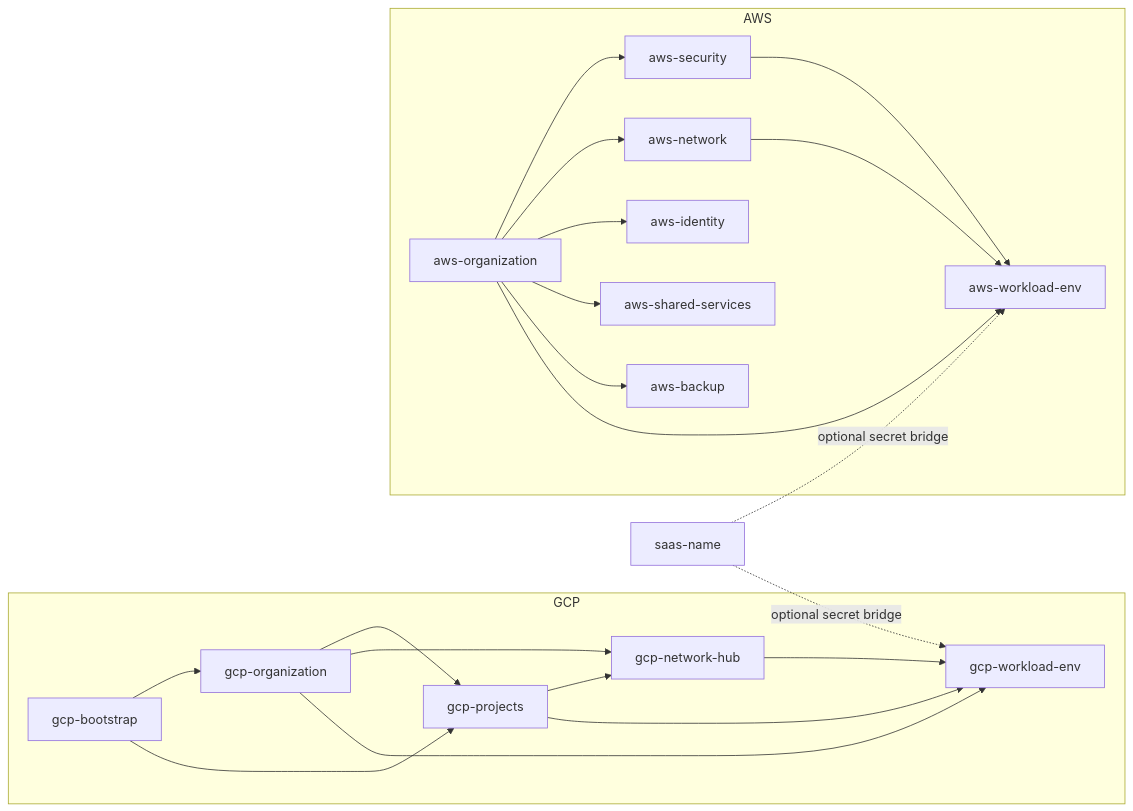
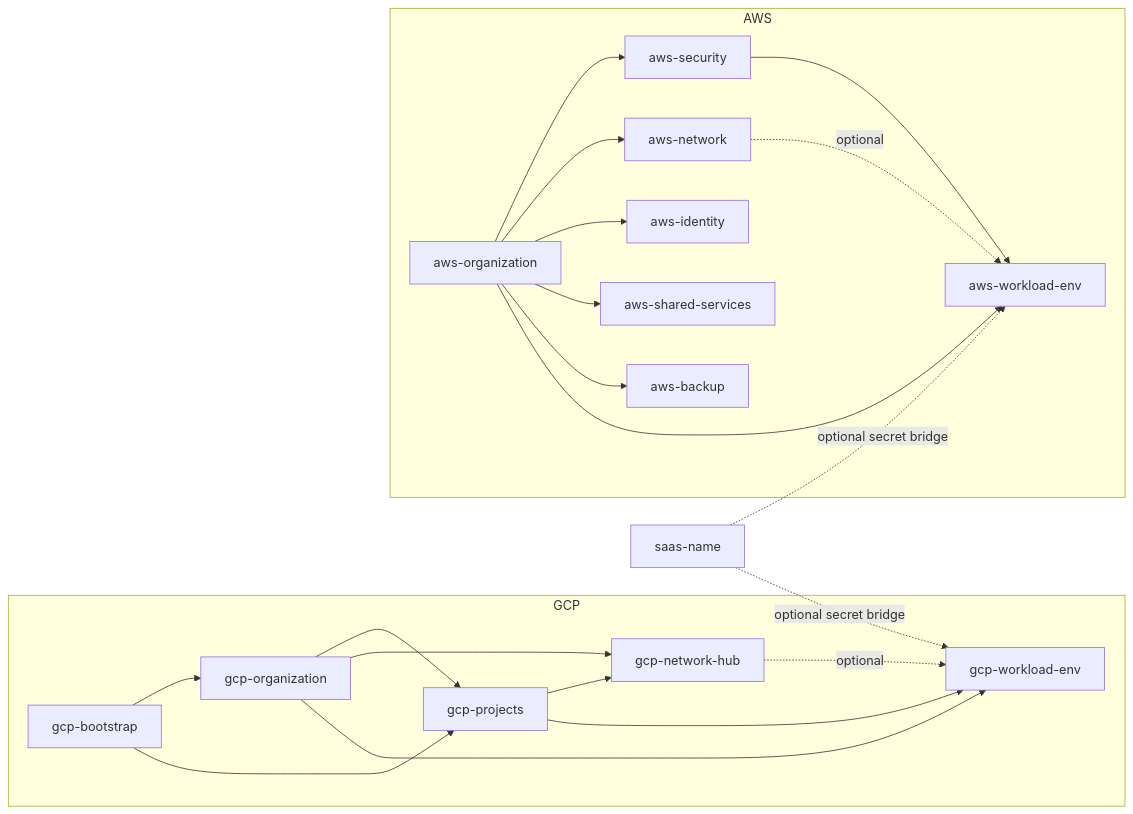
The first of 2 diagrams in docs/architecture/ARCHITECTURE.md (EdwinKassier/Ashes-Devops-Tools), drawn with Mermaid before and after one commit. The commit also changed other lines of this file and 129 other files, not shown here.

````diff
--- a/docs/architecture/ARCHITECTURE.md
+++ b/docs/architecture/ARCHITECTURE.md
@@ -161,25 +161,25 @@
 ```mermaid
 graph LR
     subgraph GCP
       gb[gcp-bootstrap] --> go[gcp-organization]
       gb --> gp[gcp-projects]
       go --> gp
       go --> gn[gcp-network-hub]
       gp --> gn
       go --> gw[gcp-workload-env]
       gp --> gw
-      gn --> gw
+      gn -. optional .-> gw
     end
     subgraph AWS
       ao[aws-organization] --> as[aws-security]
       ao --> an[aws-network]
       ao --> ai[aws-identity]
       ao --> ass[aws-shared-services]
       ao --> ab[aws-backup]
       ao --> aw[aws-workload-env]
-      an --> aw
+      an -. optional .-> aw
       as --> aw
     end
     s[saas-name] -. optional secret bridge .-> gw
     s -. optional secret bridge .-> aw
 ```
````
